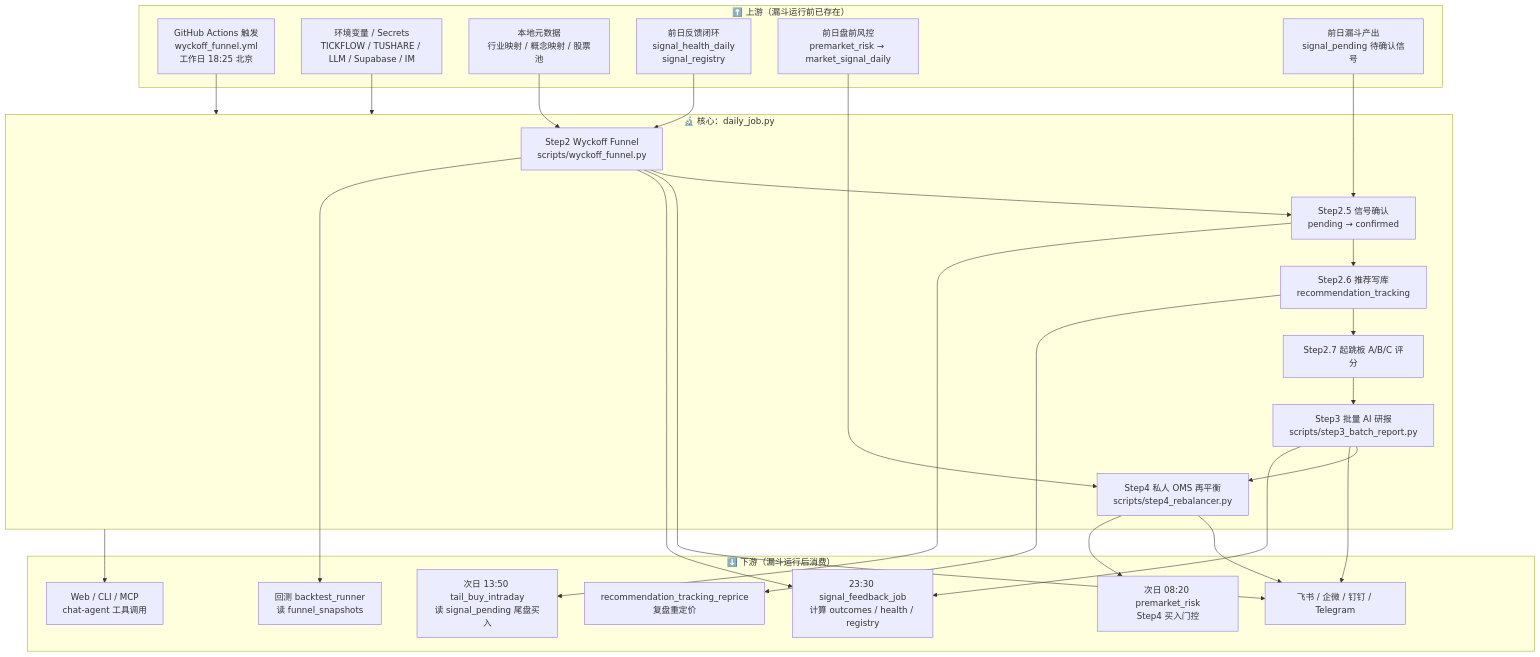
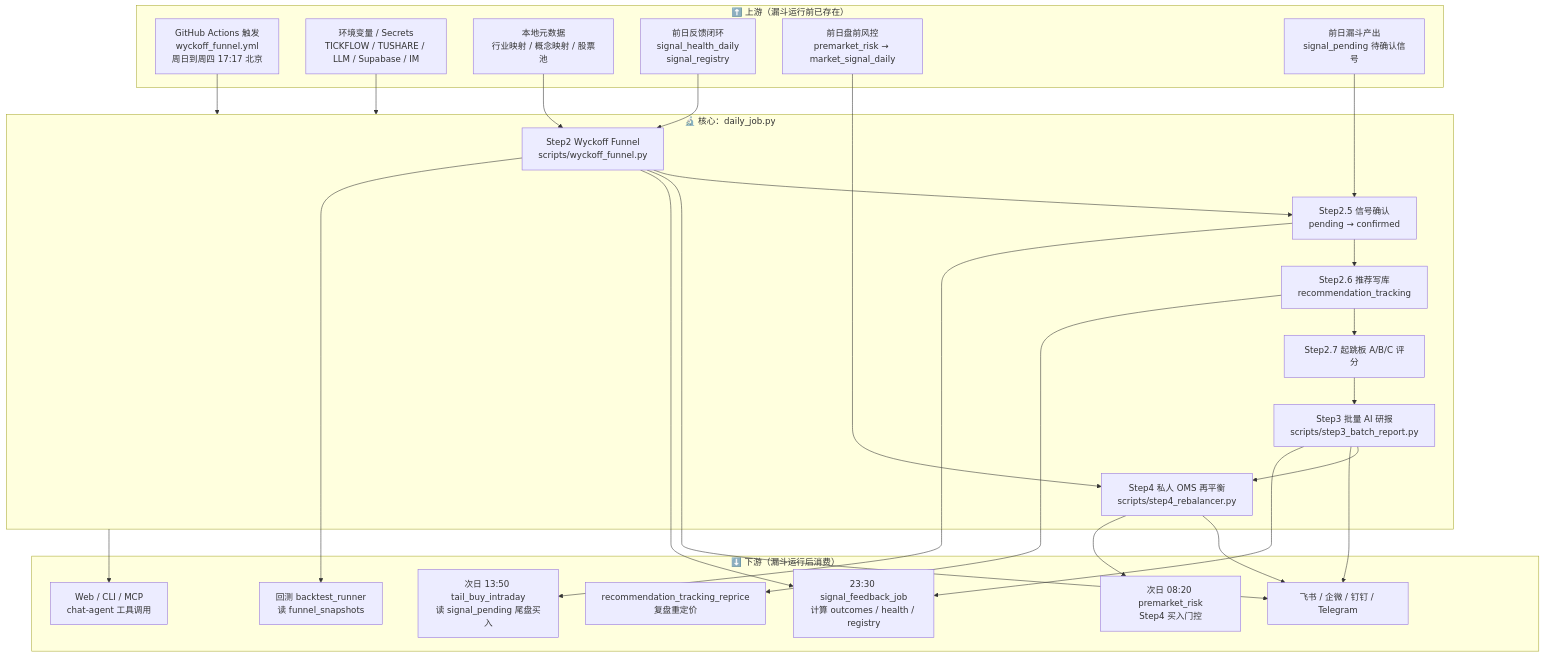
Before and after one commit to niyoh120/Wyckoff-Analysis: the first of 7 diagrams in docs/A_SHARE_FUNNEL_FLOW.md, drawn with Mermaid. The commit also changed other lines of this file and 20 other files, not shown here.

````diff
--- a/docs/A_SHARE_FUNNEL_FLOW.md
+++ b/docs/A_SHARE_FUNNEL_FLOW.md
@@ -11,51 +11,51 @@
 ```mermaid
 flowchart TB
     subgraph UPSTREAM["⬆️ 上游（漏斗运行前已存在）"]
-        U1["GitHub Actions 触发<br/>wyckoff_funnel.yml<br/>工作日 18:25 北京"]
+        U1["GitHub Actions 触发<br/>wyckoff_funnel.yml<br/>周日到周四 17:17 北京"]
         U2["环境变量 / Secrets<br/>TICKFLOW / TUSHARE / LLM / Supabase / IM"]
         U3["本地元数据<br/>行业映射 / 概念映射 / 股票池"]
         U4["前日反馈闭环<br/>signal_health_daily<br/>signal_registry"]
         U5["前日盘前风控<br/>premarket_risk → market_signal_daily"]
         U6["前日漏斗产出<br/>signal_pending 待确认信号"]
     end
 
     subgraph CORE["🔬 核心：daily_job.py"]
         S2["Step2 Wyckoff Funnel<br/>scripts/wyckoff_funnel.py"]
         S25["Step2.5 信号确认<br/>pending → confirmed"]
         S26["Step2.6 推荐写库<br/>recommendation_tracking"]
         S27["Step2.7 起跳板 A/B/C 评分"]
         S3["Step3 批量 AI 研报<br/>scripts/step3_batch_report.py"]
         S4["Step4 私人 OMS 再平衡<br/>scripts/step4_rebalancer.py"]
     end
 
     subgraph DOWNSTREAM["⬇️ 下游（漏斗运行后消费）"]
         D1["23:30 signal_feedback_job<br/>计算 outcomes / health / registry"]
         D2["次日 08:20 premarket_risk<br/>Step4 买入门控"]
         D3["次日 13:50 tail_buy_intraday<br/>读 signal_pending 尾盘买入"]
         D4["Web / CLI / MCP<br/>chat-agent 工具调用"]
         D5["回测 backtest_runner<br/>读 funnel_snapshots"]
         D6["recommendation_tracking_reprice<br/>复盘重定价"]
         D7["飞书 / 企微 / 钉钉 / Telegram"]
     end
 
     U1 --> CORE
     U2 --> CORE
     U3 --> S2
     U4 --> S2
     U5 --> S4
     U6 --> S25
 
     S2 --> S25 --> S26 --> S27 --> S3 --> S4
 
     S2 --> D7
     S3 --> D7
     S4 --> D7
 
     S2 --> D1
     S3 --> D1
     S4 --> D2
     S25 --> D3
     S26 --> D6
     S2 --> D5
     CORE --> D4
 ```
````
